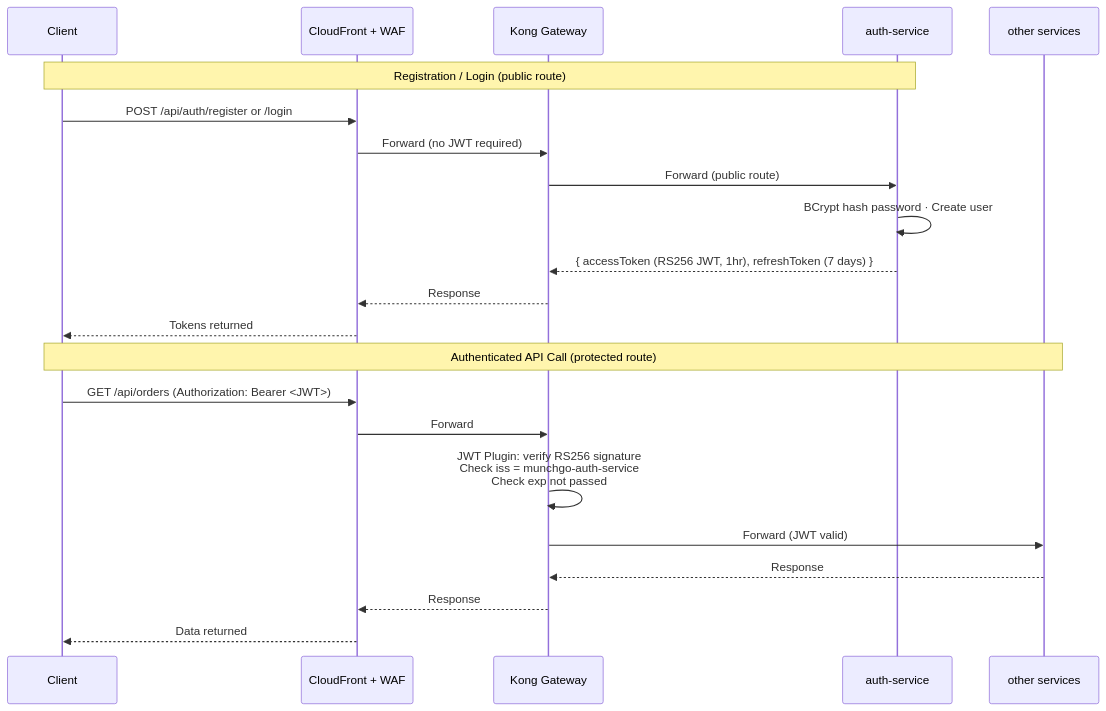
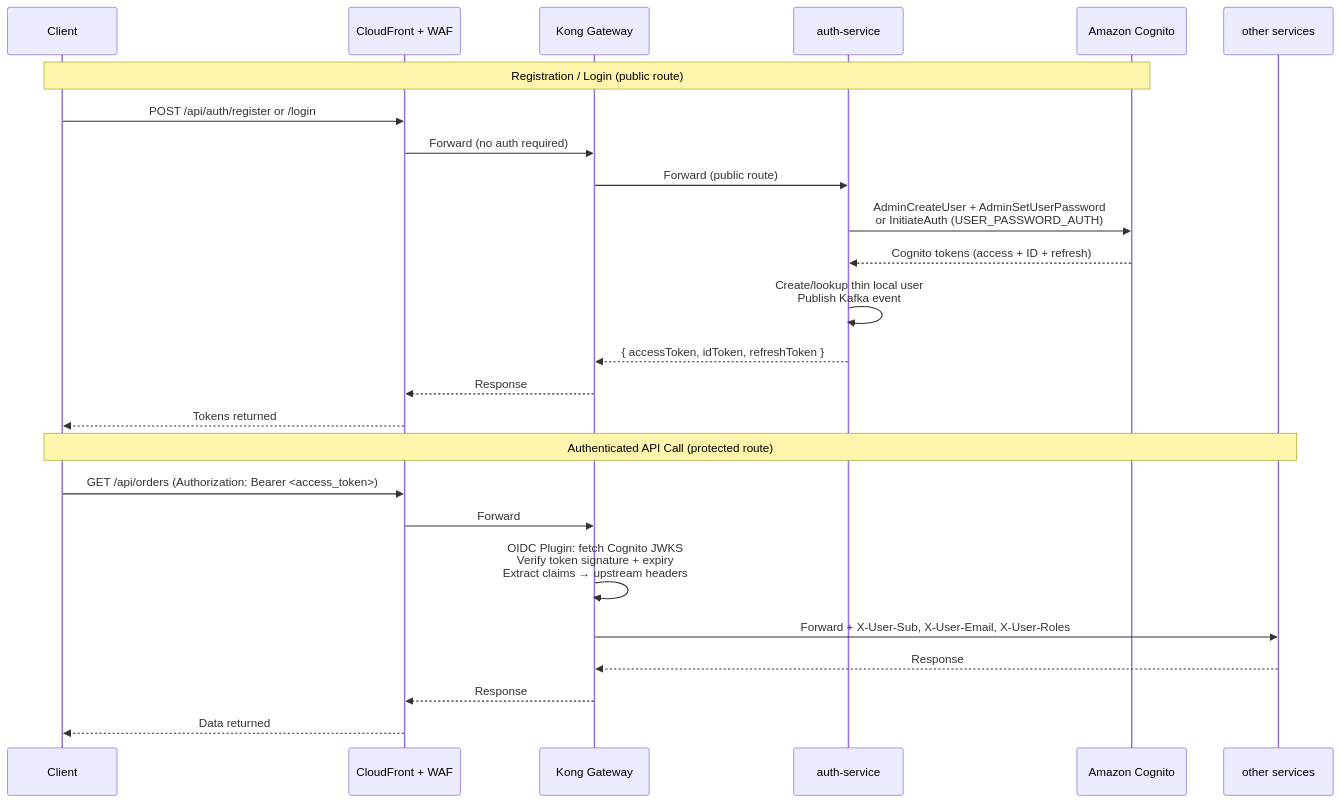
The eighth of 15 diagrams in README.md (shanaka-versent/Kong-Konnect-Cloud-Gateway-on-EKS), drawn with Mermaid before and after one commit. The commit also changed other lines of this file and 12 other files, not shown here.

First line of the commit message:
feat: Add Amazon Cognito integration — replace custom JWT with OIDC

````diff
--- a/README.md
+++ b/README.md
@@ -496,26 +499,29 @@
 ```mermaid
 sequenceDiagram
     participant C as Client
     participant CF as CloudFront + WAF
     participant Kong as Kong Gateway
     participant Auth as auth-service
+    participant Cognito as Amazon Cognito
     participant Svc as other services
 
-    Note over C,Auth: Registration / Login (public route)
+    Note over C,Cognito: Registration / Login (public route)
     C->>CF: POST /api/auth/register or /login
-    CF->>Kong: Forward (no JWT required)
+    CF->>Kong: Forward (no auth required)
     Kong->>Auth: Forward (public route)
-    Auth->>Auth: BCrypt hash password · Create user
-    Auth-->>Kong: { accessToken (RS256 JWT, 1hr), refreshToken (7 days) }
+    Auth->>Cognito: AdminCreateUser + AdminSetUserPassword<br/>or InitiateAuth (USER_PASSWORD_AUTH)
+    Cognito-->>Auth: Cognito tokens (access + ID + refresh)
+    Auth->>Auth: Create/lookup thin local user<br/>Publish Kafka event
+    Auth-->>Kong: { accessToken, idToken, refreshToken }
     Kong-->>CF: Response
     CF-->>C: Tokens returned
 
     Note over C,Svc: Authenticated API Call (protected route)
-    C->>CF: GET /api/orders (Authorization: Bearer <JWT>)
+    C->>CF: GET /api/orders (Authorization: Bearer <access_token>)
     CF->>Kong: Forward
-    Kong->>Kong: JWT Plugin: verify RS256 signature<br/>Check iss = munchgo-auth-service<br/>Check exp not passed
-    Kong->>Svc: Forward (JWT valid)
+    Kong->>Kong: OIDC Plugin: fetch Cognito JWKS<br/>Verify token signature + expiry<br/>Extract claims → upstream headers
+    Kong->>Svc: Forward + X-User-Sub, X-User-Email, X-User-Roles
     Svc-->>Kong: Response
     Kong-->>CF: Response
     CF-->>C: Data returned
 ```
````
